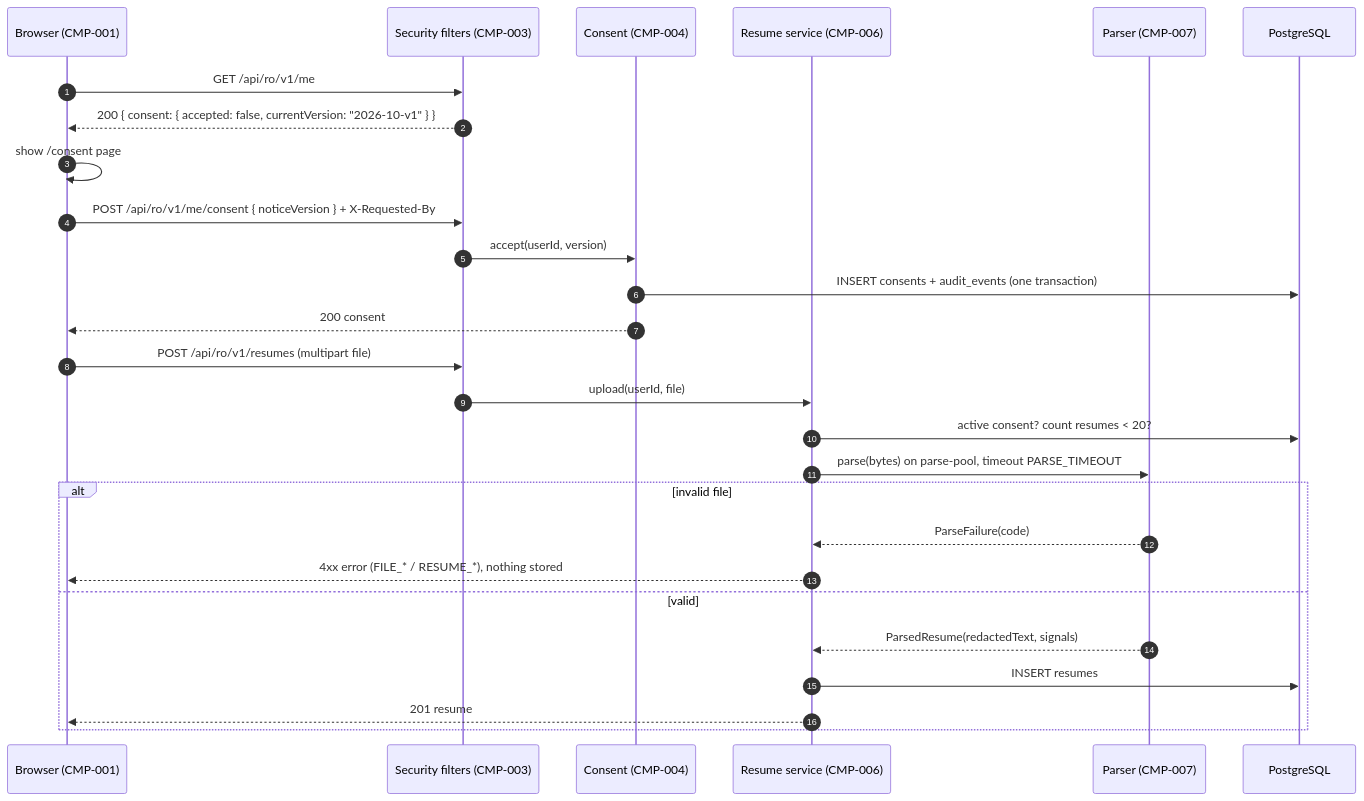
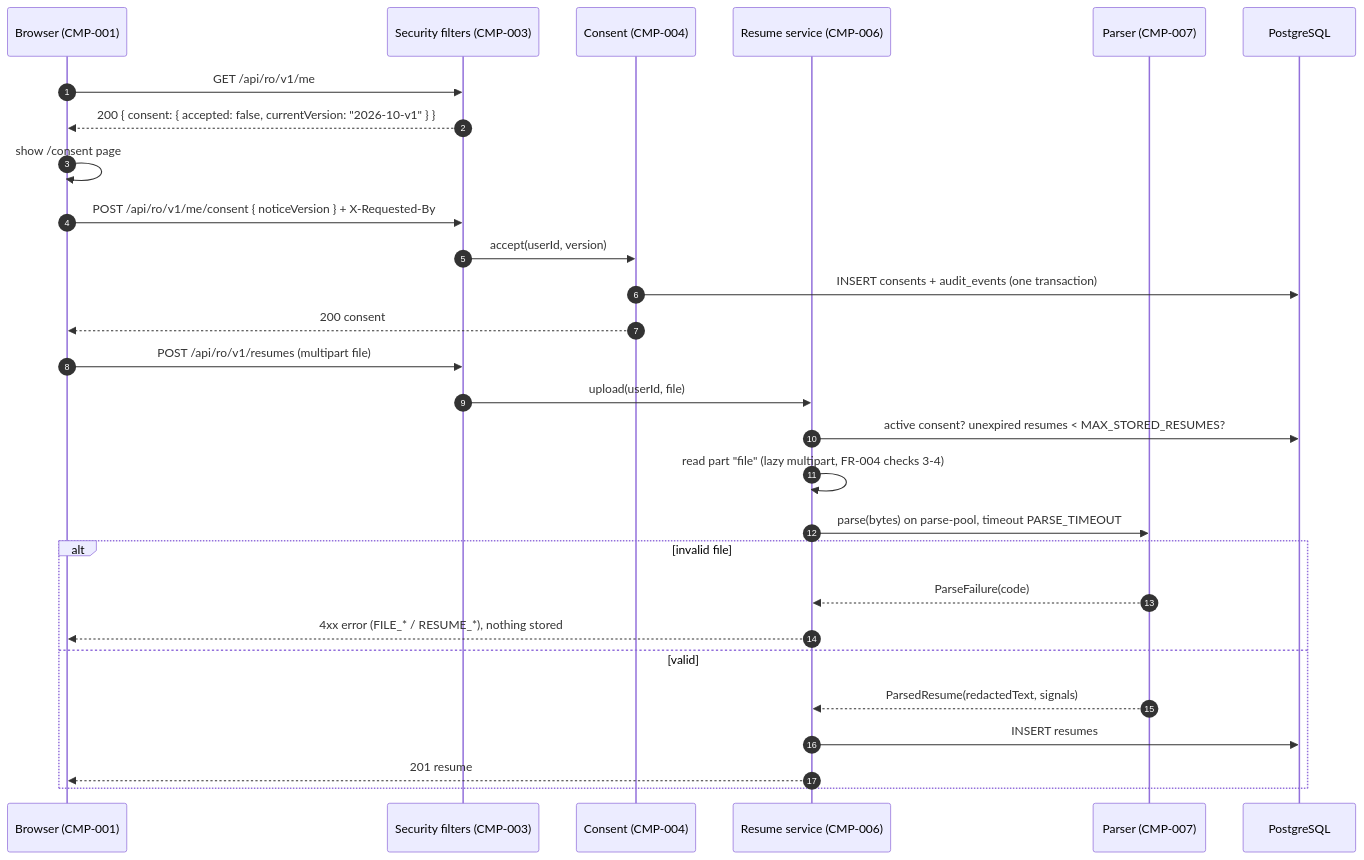
The second of 14 diagrams in pranesh/spec.md (divii-school/spec-homework), drawn with Mermaid before and after one commit. The commit also changed other lines of this file, not shown here.

````diff
--- a/pranesh/spec.md
+++ b/pranesh/spec.md
@@ -858,29 +860,30 @@
 ```mermaid
 sequenceDiagram
   autonumber
   participant U as Browser (CMP-001)
   participant S as Security filters (CMP-003)
   participant C as Consent (CMP-004)
   participant R as Resume service (CMP-006)
   participant P as Parser (CMP-007)
   participant DB as PostgreSQL
   U->>S: GET /api/ro/v1/me
   S-->>U: 200 { consent: { accepted: false, currentVersion: "2026-10-v1" } }
   U->>U: show /consent page
   U->>S: POST /api/ro/v1/me/consent { noticeVersion } + X-Requested-By
   S->>C: accept(userId, version)
   C->>DB: INSERT consents + audit_events (one transaction)
   C-->>U: 200 consent
   U->>S: POST /api/ro/v1/resumes (multipart file)
   S->>R: upload(userId, file)
-  R->>DB: active consent? count resumes < 20?
+  R->>DB: active consent? unexpired resumes < MAX_STORED_RESUMES?
+  R->>R: read part "file" (lazy multipart, FR-004 checks 3-4)
   R->>P: parse(bytes) on parse-pool, timeout PARSE_TIMEOUT
   alt invalid file
     P-->>R: ParseFailure(code)
     R-->>U: 4xx error (FILE_* / RESUME_*), nothing stored
   else valid
     P-->>R: ParsedResume(redactedText, signals)
     R->>DB: INSERT resumes
     R-->>U: 201 resume
   end
 ```
````
